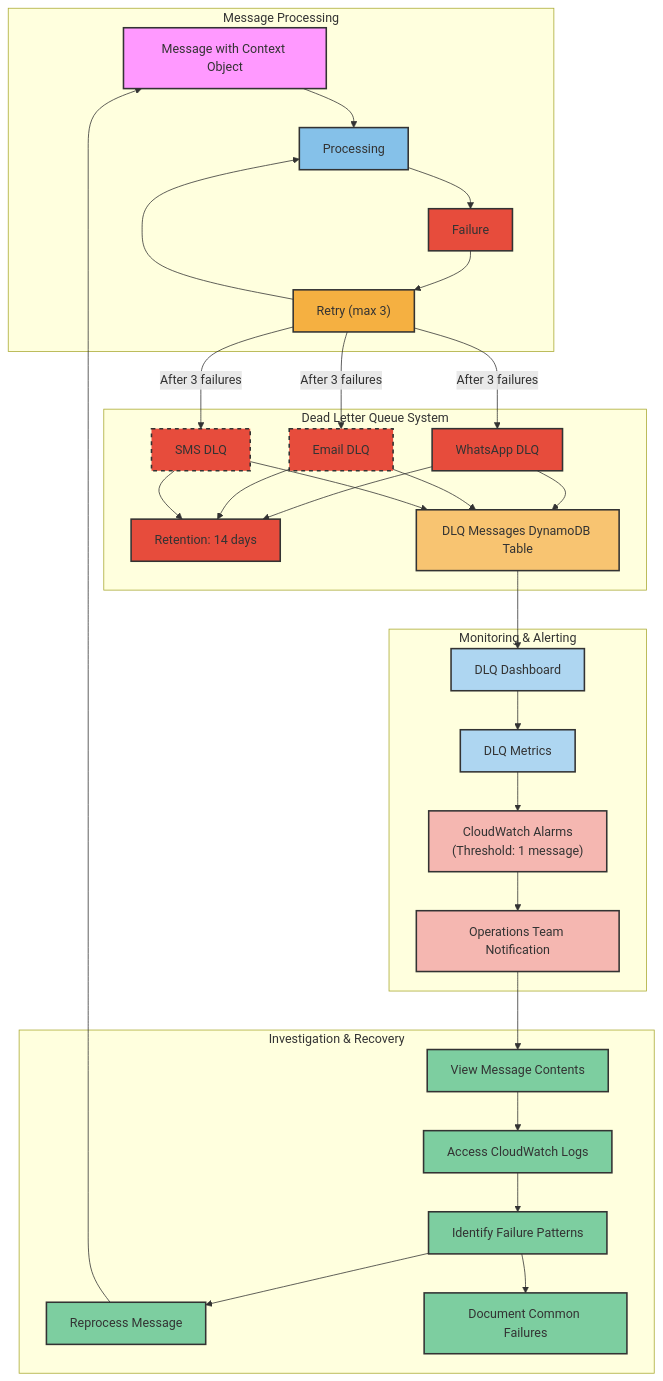
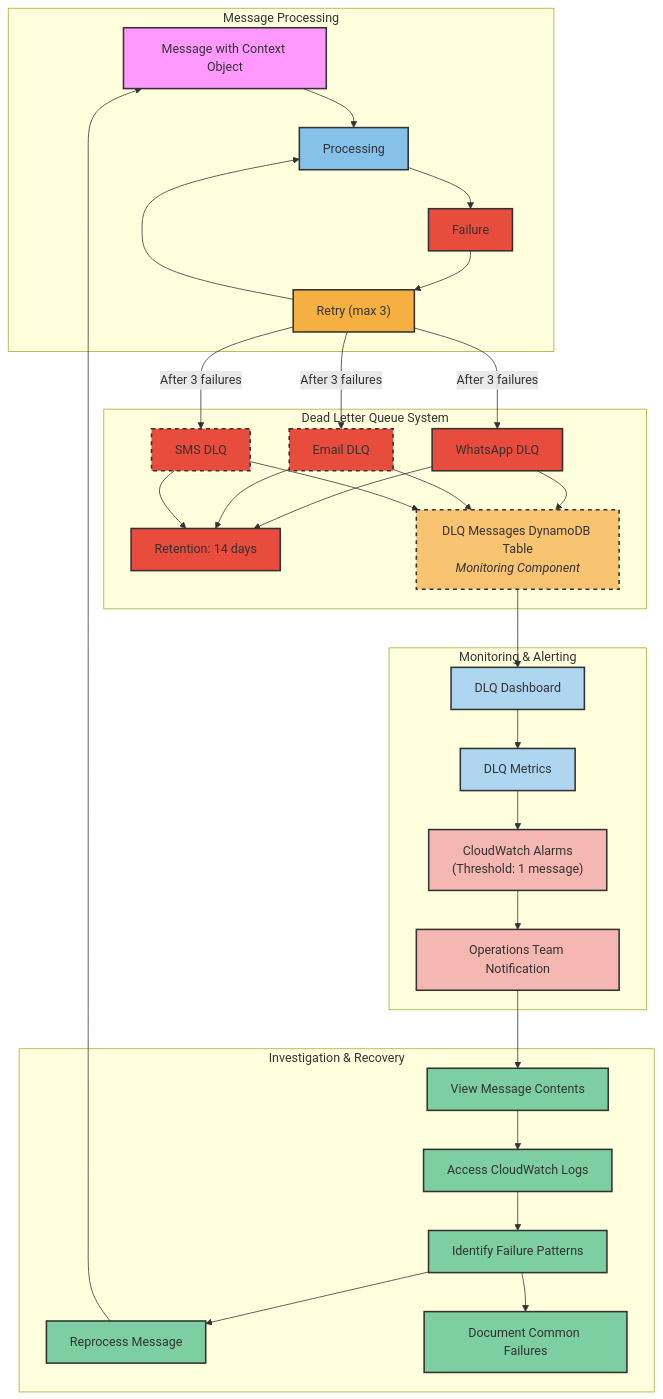
Before and after one commit to junksamiad/template-sender-engine: the sixth of 8 diagrams in hld/diagrams-v2.0.md, drawn with Mermaid. The commit also changed other lines of this file and 2 other files, not shown here.

Commit message:
Updated diagrams-v2.0.md to align with channel router documentation

````diff
--- a/hld/diagrams-v2.0.md
+++ b/hld/diagrams-v2.0.md
@@ -445,81 +446,81 @@
 ```mermaid
 flowchart TD
     subgraph "Message Processing"
         MSG["Message with Context Object"]
         PROC["Processing"]
         FAIL["Failure"]
         RETRY["Retry (max 3)"]
     end
     
     subgraph "Dead Letter Queue System"
         WDLQ["WhatsApp DLQ"]
         EDLQ["Email DLQ"]
         SDLQ["SMS DLQ"]
         RETAIN["Retention: 14 days"]
-        DLQDB["DLQ Messages DynamoDB Table"]
+        DLQDB["DLQ Messages DynamoDB Table<br/><i>Monitoring Component</i>"]
     end
     
     subgraph "Monitoring & Alerting"
         DASH["DLQ Dashboard"]
         METRICS["DLQ Metrics"]
         ALARM["CloudWatch Alarms<br/>(Threshold: 1 message)"]
         NOTIFY["Operations Team Notification"]
     end
     
     subgraph "Investigation & Recovery"
         VIEW["View Message Contents"]
         LOGS["Access CloudWatch Logs"]
         PATTERN["Identify Failure Patterns"]
         REPROCESS["Reprocess Message"]
         DOC["Document Common Failures"]
     end
     
     MSG --> PROC
     PROC --> FAIL
     FAIL --> RETRY
     RETRY --> PROC
     
     RETRY -- "After 3 failures" --> WDLQ
     RETRY -- "After 3 failures" --> EDLQ
     RETRY -- "After 3 failures" --> SDLQ
     
     WDLQ --> DLQDB
     EDLQ --> DLQDB
     SDLQ --> DLQDB
     
     WDLQ --> RETAIN
     EDLQ --> RETAIN
     SDLQ --> RETAIN
     
     DLQDB --> DASH
     
     DASH --> METRICS
     METRICS --> ALARM
     ALARM --> NOTIFY
     
     NOTIFY --> VIEW
     VIEW --> LOGS
     LOGS --> PATTERN
     PATTERN --> REPROCESS
     PATTERN --> DOC
     REPROCESS --> MSG
     
     style MSG fill:#f9f,stroke:#333,stroke-width:2px
     style PROC fill:#85C1E9,stroke:#333,stroke-width:2px
     style FAIL fill:#E74C3C,stroke:#333,stroke-width:2px
     style RETRY fill:#F5B041,stroke:#333,stroke-width:2px
     style WDLQ fill:#E74C3C,stroke:#333,stroke-width:2px
     style EDLQ fill:#E74C3C,stroke:#333,stroke-width:2px,stroke-dasharray: 5 5
     style SDLQ fill:#E74C3C,stroke:#333,stroke-width:2px,stroke-dasharray: 5 5
     style RETAIN fill:#E74C3C,stroke:#333,stroke-width:2px
-    style DLQDB fill:#F8C471,stroke:#333,stroke-width:2px
+    style DLQDB fill:#F8C471,stroke:#333,stroke-width:2px,stroke-dasharray: 5 5
     style DASH fill:#AED6F1,stroke:#333,stroke-width:2px
     style METRICS fill:#AED6F1,stroke:#333,stroke-width:2px
     style ALARM fill:#F5B7B1,stroke:#333,stroke-width:2px
     style NOTIFY fill:#F5B7B1,stroke:#333,stroke-width:2px
     style VIEW fill:#7DCEA0,stroke:#333,stroke-width:2px
     style LOGS fill:#7DCEA0,stroke:#333,stroke-width:2px
     style PATTERN fill:#7DCEA0,stroke:#333,stroke-width:2px
     style REPROCESS fill:#7DCEA0,stroke:#333,stroke-width:2px
     style DOC fill:#7DCEA0,stroke:#333,stroke-width:2px
 ```
````
